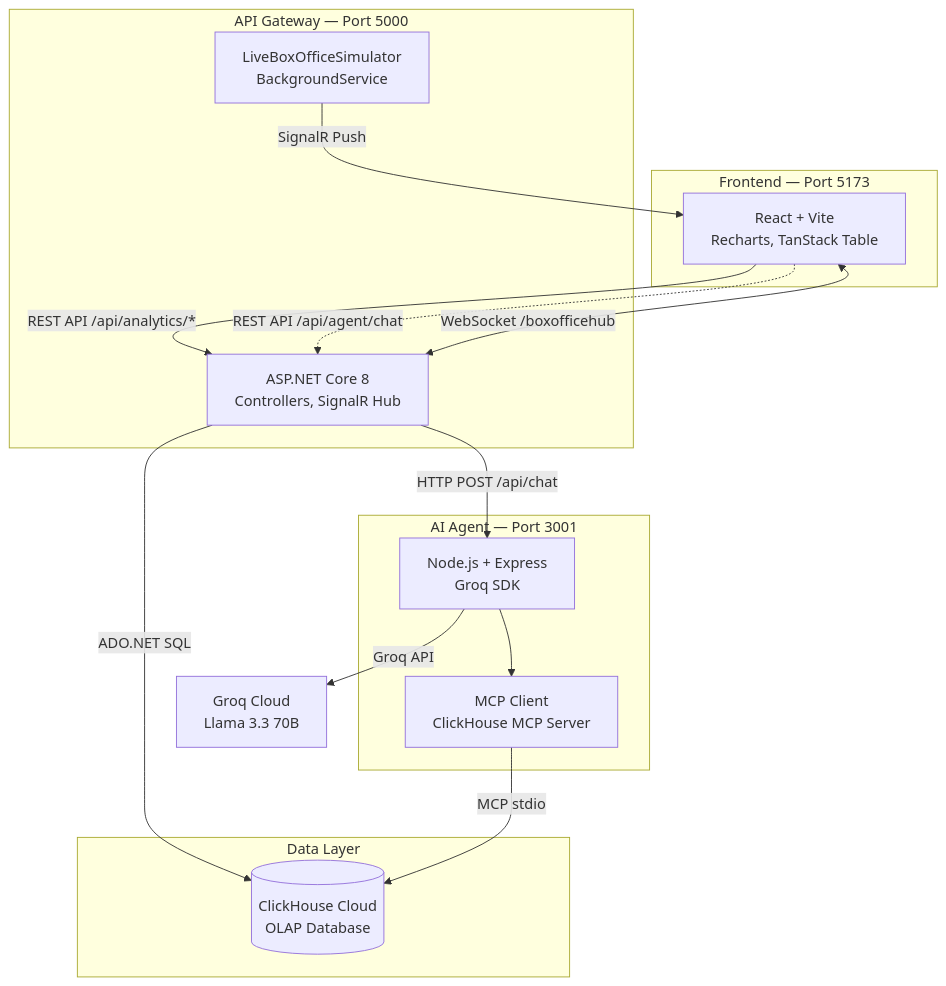
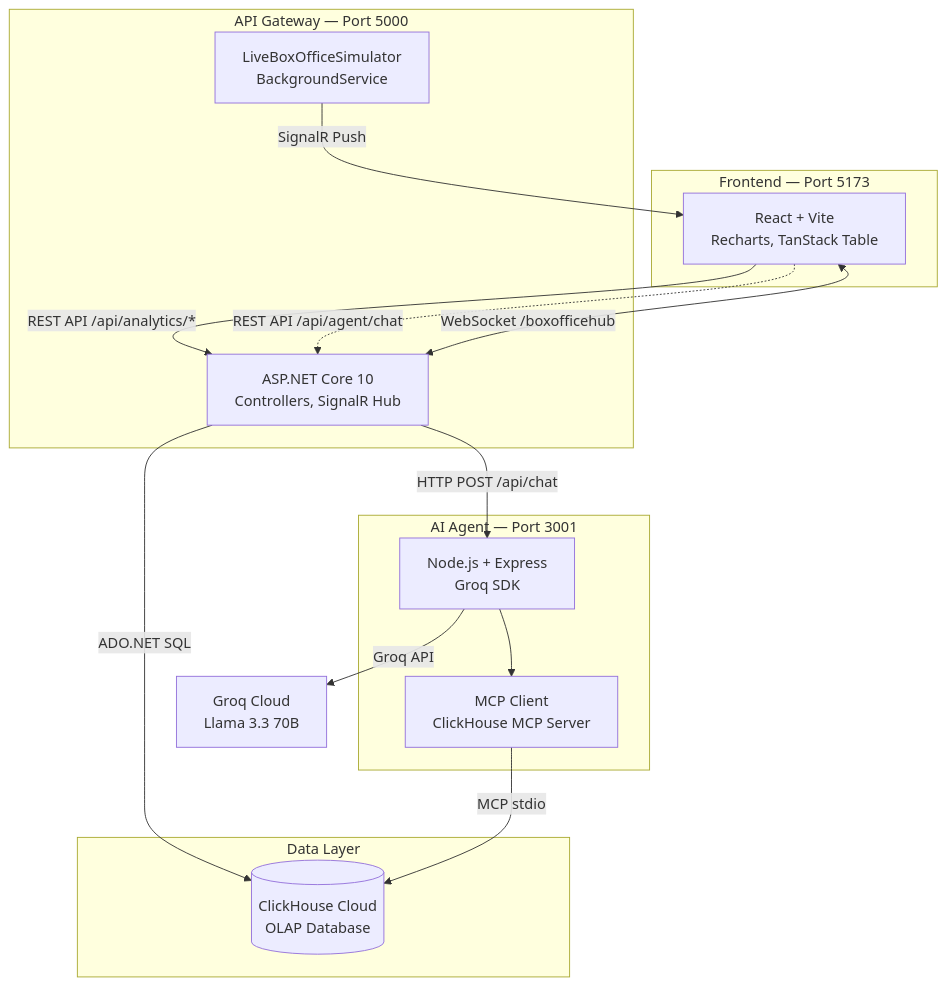
Before and after one commit to Nav33dCodes/studio-in-a-box: the first of 2 diagrams in README.md, drawn with Mermaid. The commit also changed other lines of this file, not shown here.

Commit message:
chore: upgrade .NET SDK version from 8 to 10 in documentation

````diff
--- a/README.md
+++ b/README.md
@@ -65,30 +65,30 @@
 ```mermaid
 graph TD
     subgraph "Frontend — Port 5173"
         A[React + Vite<br/>Recharts, TanStack Table]
     end
 
     subgraph "API Gateway — Port 5000"
-        B[ASP.NET Core 8<br/>Controllers, SignalR Hub]
+        B[ASP.NET Core 10<br/>Controllers, SignalR Hub]
         B2[LiveBoxOfficeSimulator<br/>BackgroundService]
     end
 
     subgraph "AI Agent — Port 3001"
         C[Node.js + Express<br/>Groq SDK]
         C2[MCP Client<br/>ClickHouse MCP Server]
     end
 
     subgraph "Data Layer"
         D[(ClickHouse Cloud<br/>OLAP Database)]
     end
 
     A -->|REST API /api/analytics/*| B
     A -.->|REST API /api/agent/chat| B
     A <-->|WebSocket /boxofficehub| B
     B2 -->|SignalR Push| A
     B -->|HTTP POST /api/chat| C
     B -->|ADO.NET SQL| D
     C --> C2
     C2 -->|MCP stdio| D
     C -->|Groq API| E[Groq Cloud<br/>Llama 3.3 70B]
 ```
````
